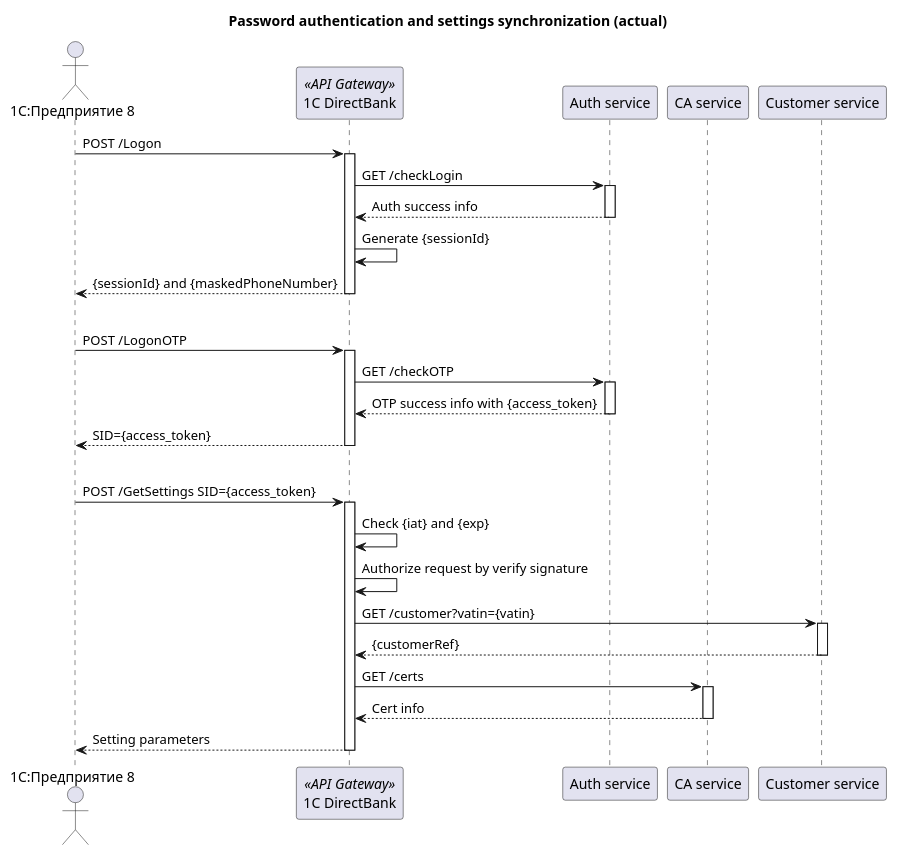
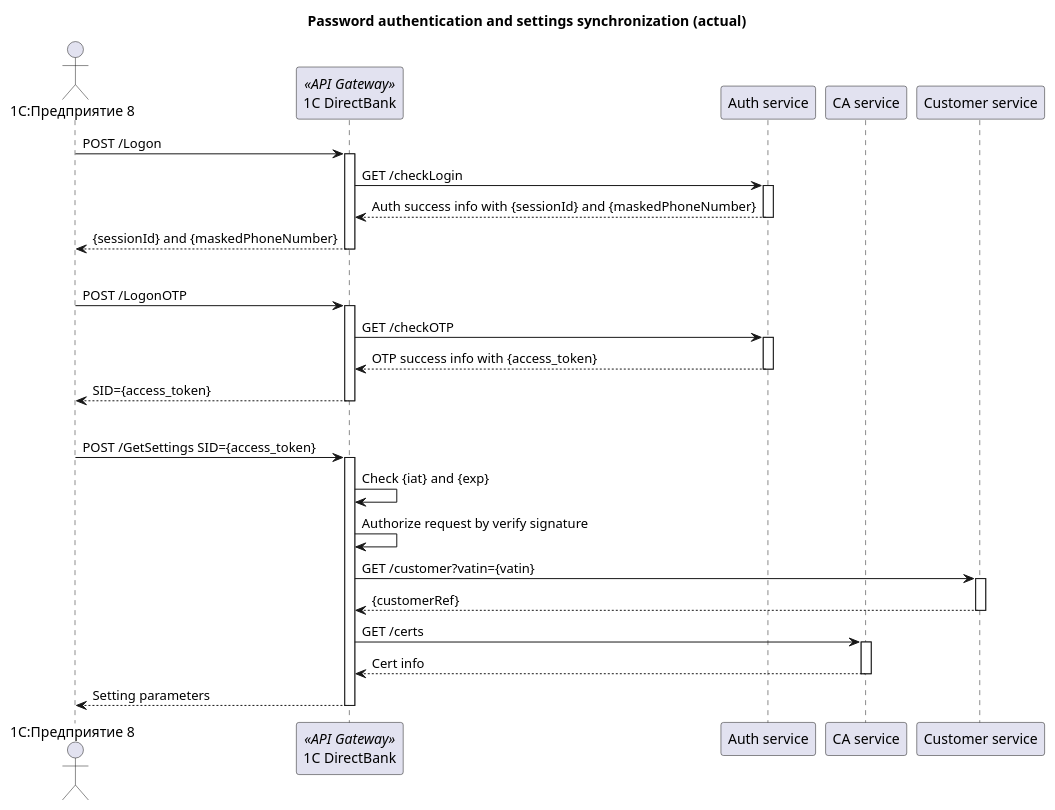
One commit to RaikBitters/ibank-internal-services changed the first of 2 diagrams in diagrams/1c-directbank-auth/sequence-proposal.puml. Above: the diagram before and after it, drawn with PlantUML. The commit also changed 1 other file, not shown here.

Commit message:
Updated 1c-directbank-proposal-auth&sync-sequence

```diff
--- a/diagrams/1c-directbank-auth/sequence-proposal.puml
+++ b/diagrams/1c-directbank-auth/sequence-proposal.puml
@@ -1,53 +1,53 @@
 @startuml 1c-directbank-proposal-auth&sync-sequence
 
 actor "1C:Предприятие 8" as 1CERP
 participant "1C DirectBank" as 1CDirect <<API Gateway>>
 participant "Auth service" as AutheService
 participant "CA service" as CAService
 participant "Customer service" as CustomerService
 
 title Password authentication and settings synchronization (actual)
 
 1CERP -> 1CDirect: POST /Logon
 activate 1CDirect
 
 1CDirect -> AutheService: GET /checkLogin
 activate AutheService
-return Auth success info
 
-1CDirect -> 1CDirect: Generate {sessionId}
+return Auth success info with {sessionId} and {maskedPhoneNumber}
+
 return {sessionId} and {maskedPhoneNumber}
 
 |||
 
 1CERP -> 1CDirect: POST /LogonOTP
 activate 1CDirect
 
 1CDirect -> AutheService: GET /checkOTP
 activate AutheService
 
 return OTP success info with {access_token}
 
 return SID={access_token}
 
 |||
 
 1CERP -> 1CDirect: POST /GetSettings SID={access_token}
 activate 1CDirect
 
 1CDirect -> 1CDirect: Check {iat} and {exp}
 1CDirect -> 1CDirect: Authorize request by verify signature
 
 1CDirect -> CustomerService: GET /customer?vatin={vatin}
 activate CustomerService
 
 return {customerRef}
 
 1CDirect -> CAService: GET /certs
 activate CAService
 
 return Cert info
 
 return Setting parameters 
 
 @enduml
```
